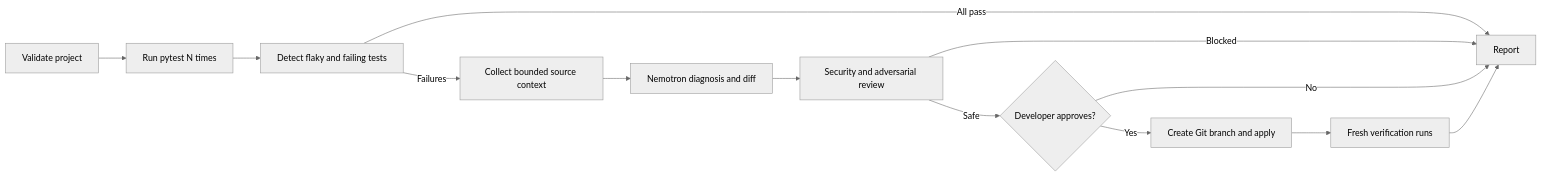
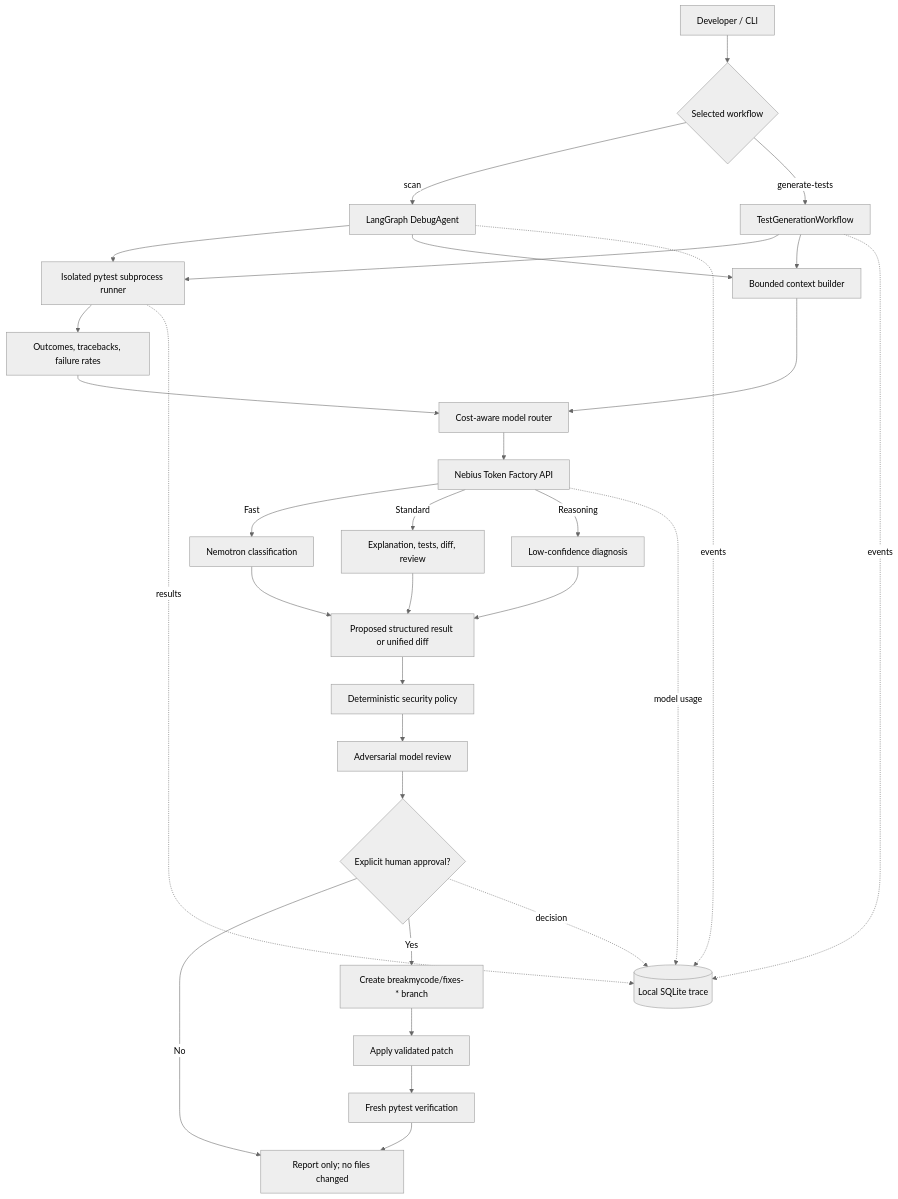
One commit to srilakshmihyd/breakmycode changed the diagram in README.md. Above: the diagram before and after it, drawn with Mermaid (neutral theme). The commit also changed other lines of this file, not shown here.

Commit message:
Document agentic architecture and workflows

````diff
--- a/README.md
+++ b/README.md
@@ -77,15 +71,38 @@
 ```mermaid
-flowchart LR
-    A[Validate project] --> B[Run pytest N times]
-    B --> C[Detect flaky and failing tests]
-    C -->|Failures| D[Collect bounded source context]
-    C -->|All pass| I[Report]
-    D --> E[Nemotron diagnosis and diff]
-    E --> F[Security and adversarial review]
-    F -->|Safe| G{Developer approves?}
-    F -->|Blocked| I
-    G -->|No| I
-    G -->|Yes| H[Create Git branch and apply]
-    H --> J[Fresh verification runs]
-    J --> I
+flowchart TB
+    U[Developer / CLI] --> C{Selected workflow}
+
+    C -->|scan| G[LangGraph DebugAgent]
+    C -->|generate-tests| TG[TestGenerationWorkflow]
+
+    G --> R[Isolated pytest subprocess runner]
+    TG --> R
+    R --> X[Outcomes, tracebacks, failure rates]
+
+    G --> CTX[Bounded context builder]
+    TG --> CTX
+    CTX --> MR[Cost-aware model router]
+    X --> MR
+
+    MR --> TF[Nebius Token Factory API]
+    TF -->|Fast| N1[Nemotron classification]
+    TF -->|Standard| N2[Explanation, tests, diff, review]
+    TF -->|Reasoning| N3[Low-confidence diagnosis]
+    N1 --> P[Proposed structured result or unified diff]
+    N2 --> P
+    N3 --> P
+    P --> S[Deterministic security policy]
+    S --> AR[Adversarial model review]
+    AR --> H{Explicit human approval?}
+    H -->|No| O[Report only; no files changed]
+    H -->|Yes| B[Create breakmycode/fixes-* branch]
+    B --> A[Apply validated patch]
+    A --> V[Fresh pytest verification]
+    V --> O
+
+    G -. events .-> DB[(Local SQLite trace)]
+    TG -. events .-> DB
+    R -. results .-> DB
+    TF -. model usage .-> DB
+    H -. decision .-> DB
 ```
````
